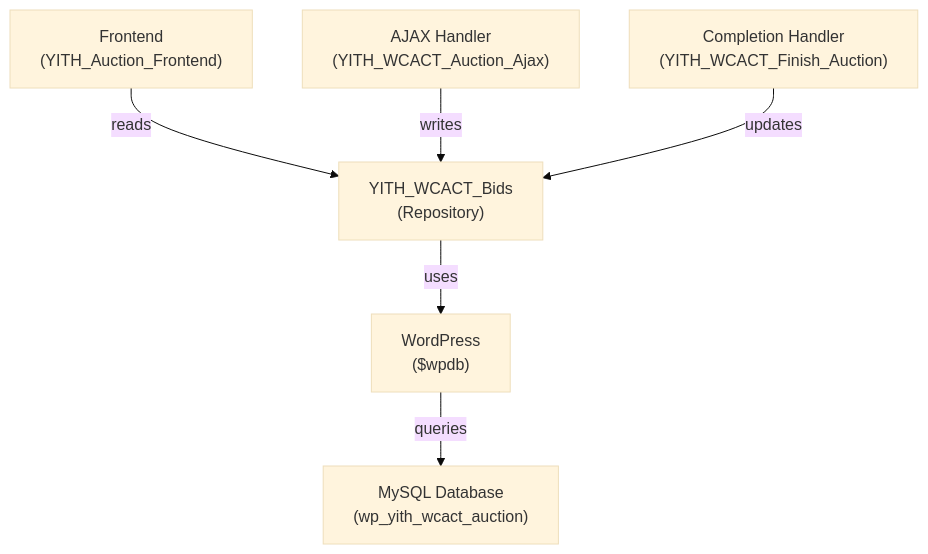
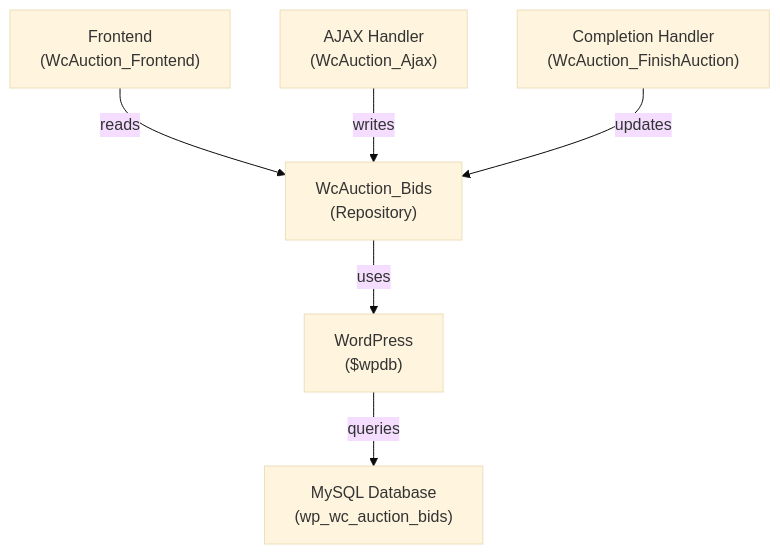
The diagram in docs/components/YITH_WCACT_Bids-repository-documentation.md (ksfraser/woocommerce-auction), drawn with Mermaid (base theme) before and after one commit. The commit also changed other lines of this file and 2 other files, not shown here.

Commit message:
docs: Update component documentation with WcAuction naming convention
- Rename YITH_Auctions -> WcAuction_Coordinator in coordinator docs
- Update YITH_WCACT_* class references to WcAuction_* pattern
- Update component titles and descriptions
- Update database table references (wp_yith_wcact_* -> wp_wc_auction_*)
- Update dependency documentation with new naming
- Phase 2d-P2: Component documentation rename complete

````diff
--- a/docs/components/YITH_WCACT_Bids-repository-documentation.md
+++ b/docs/components/YITH_WCACT_Bids-repository-documentation.md
@@ -50,17 +50,17 @@
 ```mermaid
 graph TD
-    YITH_WCACT_Bids["YITH_WCACT_Bids<br/>(Repository)"]
+    WcAuction_Bids["WcAuction_Bids<br/>(Repository)"]
     WordPress["WordPress<br/>($wpdb)"]
-    MySQL["MySQL Database<br/>(wp_yith_wcact_auction)"]
+    MySQL["MySQL Database<br/>(wp_wc_auction_bids)"]
     
-    YITH_WCACT_Bids -->|uses| WordPress
+    WcAuction_Bids -->|uses| WordPress
     WordPress -->|queries| MySQL
     
-    Frontend["Frontend<br/>(YITH_Auction_Frontend)"]
-    Ajax["AJAX Handler<br/>(YITH_WCACT_Auction_Ajax)"]
-    Completion["Completion Handler<br/>(YITH_WCACT_Finish_Auction)"]
+    Frontend["Frontend<br/>(WcAuction_Frontend)"]
+    Ajax["AJAX Handler<br/>(WcAuction_Ajax)"]
+    Completion["Completion Handler<br/>(WcAuction_FinishAuction)"]
     
-    Frontend -->|reads| YITH_WCACT_Bids
-    Ajax -->|writes| YITH_WCACT_Bids
-    Completion -->|updates| YITH_WCACT_Bids
+    Frontend -->|reads| WcAuction_Bids
+    Ajax -->|writes| WcAuction_Bids
+    Completion -->|updates| WcAuction_Bids
 ```
````
